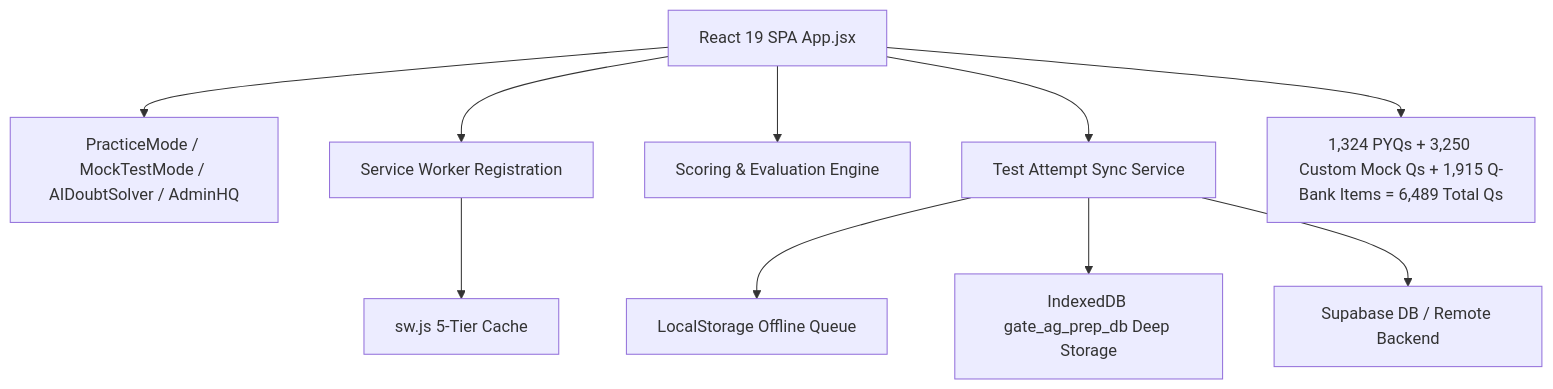
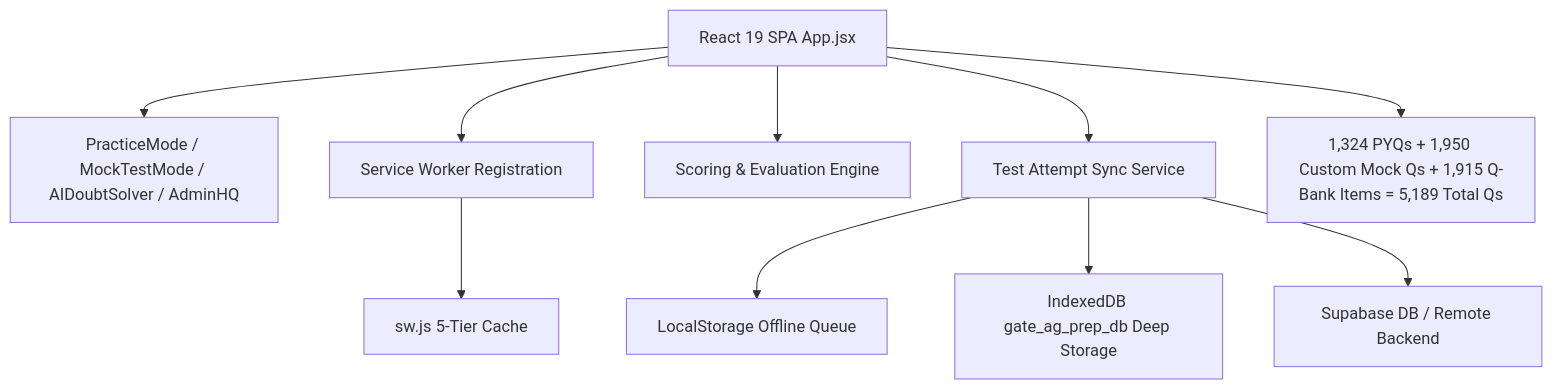
One commit to RAGHAVBANSAL0704/GATE-AG-PREP changed the diagram in PROJECT_CONTEXT.md. Above: the diagram before and after it, drawn with Mermaid. The commit also changed other lines of this file and 28 other files, not shown here.

````diff
--- a/PROJECT_CONTEXT.md
+++ b/PROJECT_CONTEXT.md
@@ -17,15 +17,15 @@
 ```mermaid
 graph TD
     App[React 19 SPA App.jsx] --> Components[PracticeMode / MockTestMode / AIDoubtSolver / AdminHQ]
     App --> SWReg[Service Worker Registration]
     SWReg --> SW[sw.js 5-Tier Cache]
     
     App --> Scoring[Scoring & Evaluation Engine]
     App --> Sync[Test Attempt Sync Service]
     
     Sync --> LocalQueue[LocalStorage Offline Queue]
     Sync --> IDB[IndexedDB gate_ag_prep_db Deep Storage]
     Sync --> Supabase[Supabase DB / Remote Backend]
     
-    App --> Datasets[1,324 PYQs + 3,250 Custom Mock Qs + 1,915 Q-Bank Items = 6,489 Total Qs]
+    App --> Datasets[1,324 PYQs + 1,950 Custom Mock Qs + 1,915 Q-Bank Items = 5,189 Total Qs]
 ```
````
